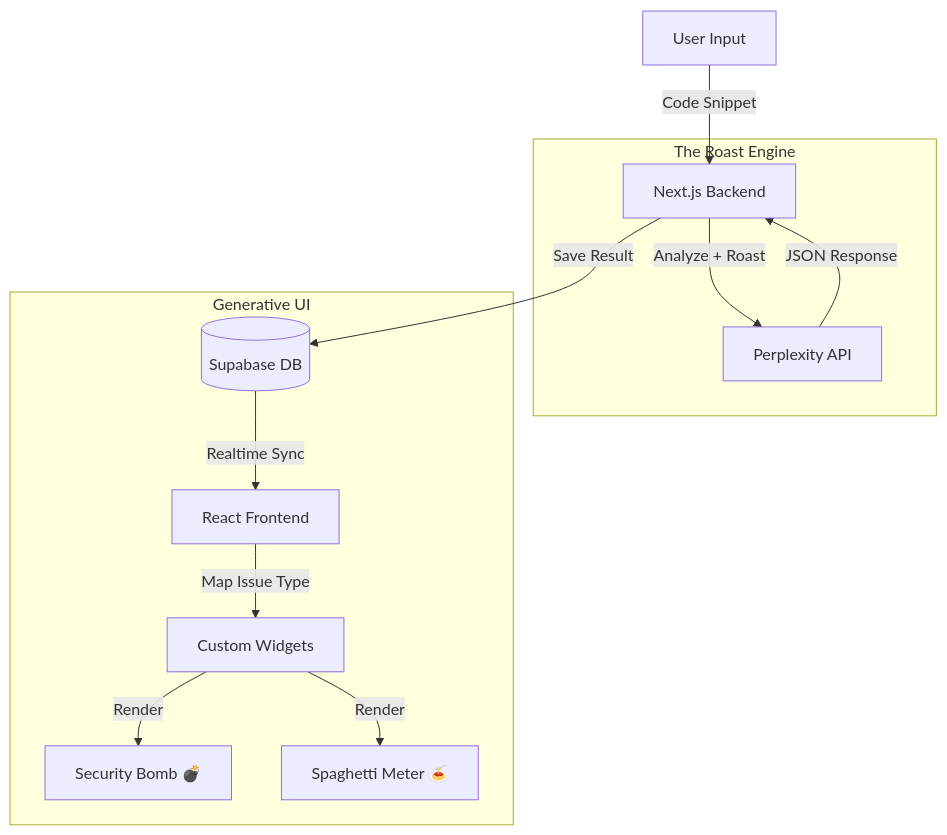
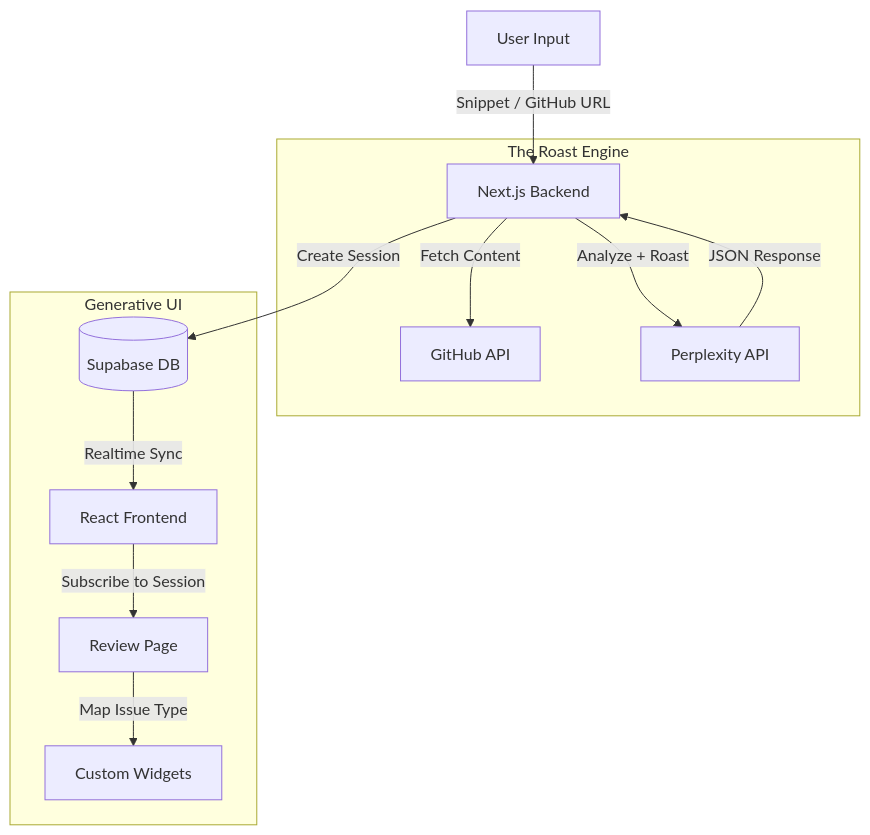
The diagram in README.md (tosif121/warroom-incident-commander), drawn with Mermaid before and after one commit. The commit also changed other lines of this file and 46 other files, not shown here.

Commit message:
Refactor to Session-Based Workflow & Code Critic 2.0

````diff
--- a/README.md
+++ b/README.md
@@ -70,18 +102,18 @@
 ```mermaid
 graph TD
-    User[User Input] -->|Code Snippet| NextJS[Next.js Backend]
+    User[User Input] -->|Snippet / GitHub URL| NextJS[Next.js Backend]
 
     subgraph "The Roast Engine"
+    NextJS -->|Fetch Content| GitHub[GitHub API]
     NextJS -->|Analyze + Roast| Perplexity[Perplexity API]
     Perplexity -->|JSON Response| NextJS
     end
 
-    NextJS -->|Save Result| Supabase[(Supabase DB)]
+    NextJS -->|Create Session| Supabase[(Supabase DB)]
 
     subgraph "Generative UI"
     Supabase -->|Realtime Sync| Client[React Frontend]
-    Client -->|Map Issue Type| Widgets[Custom Widgets]
-    Widgets -->|Render| Bomb[Security Bomb 💣]
-    Widgets -->|Render| Spaghetti[Spaghetti Meter 🍝]
+    Client -->|Subscribe to Session| ReviewPage[Review Page]
+    ReviewPage -->|Map Issue Type| Widgets[Custom Widgets]
     end
 ```
````
